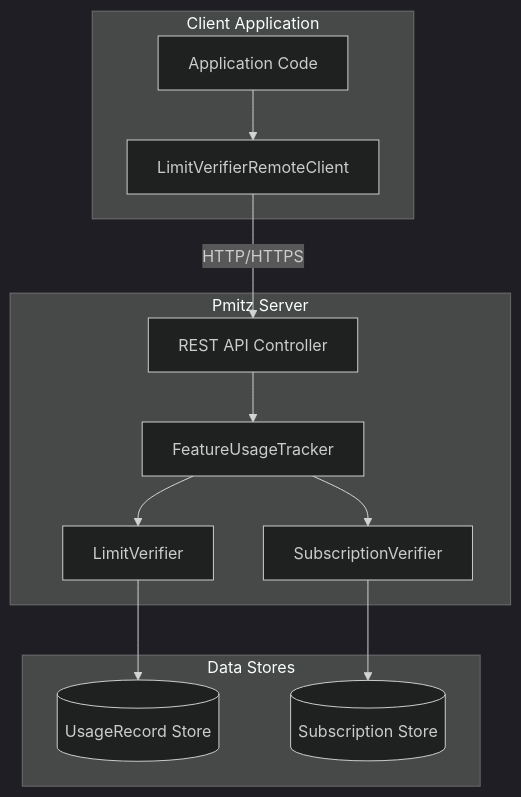
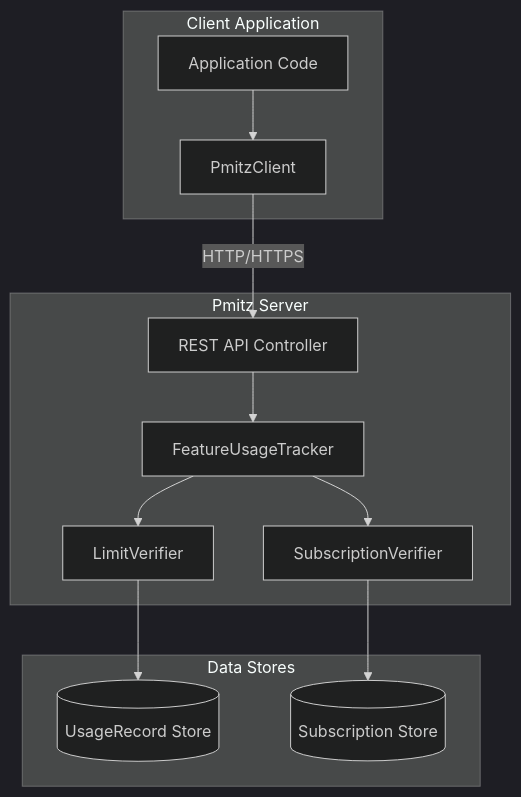
Before and after one commit to terpomo-io/pmitz: the third of 4 diagrams in docs/local-vs-remote-modes.md, drawn with Mermaid (dark theme).

Commit message:
Show PmitzClient, not LimitVerifierRemoteClient, in the Remote Mode diagram
PmitzClient (and the server-side FeatureUsageTracker it talks to)
verifies both subscription and limit status; LimitVerifierRemoteClient
only surfaces the LimitVerifier-shaped subset of that, so it's the
less representative client to feature in the architecture diagram.

````diff
--- a/docs/local-vs-remote-modes.md
+++ b/docs/local-vs-remote-modes.md
@@ -69,27 +69,27 @@
 ```mermaid
 flowchart TB
     subgraph ClientApp["Client Application"]
         App[Application Code]
-        RC[LimitVerifierRemoteClient]
+        RC[PmitzClient]
     end
 
     subgraph PmitzServer["Pmitz Server"]
         API[REST API Controller]
         FUT[FeatureUsageTracker]
         LV[LimitVerifier]
         SV[SubscriptionVerifier]
     end
 
     subgraph Stores["Data Stores"]
         US[("UsageRecord Store")]
         SS[("Subscription Store")]
     end
 
     App --> RC
     RC -->|HTTP/HTTPS| API
     API --> FUT
     FUT --> LV
     FUT --> SV
     LV --> US
     SV --> SS
 ```
````
